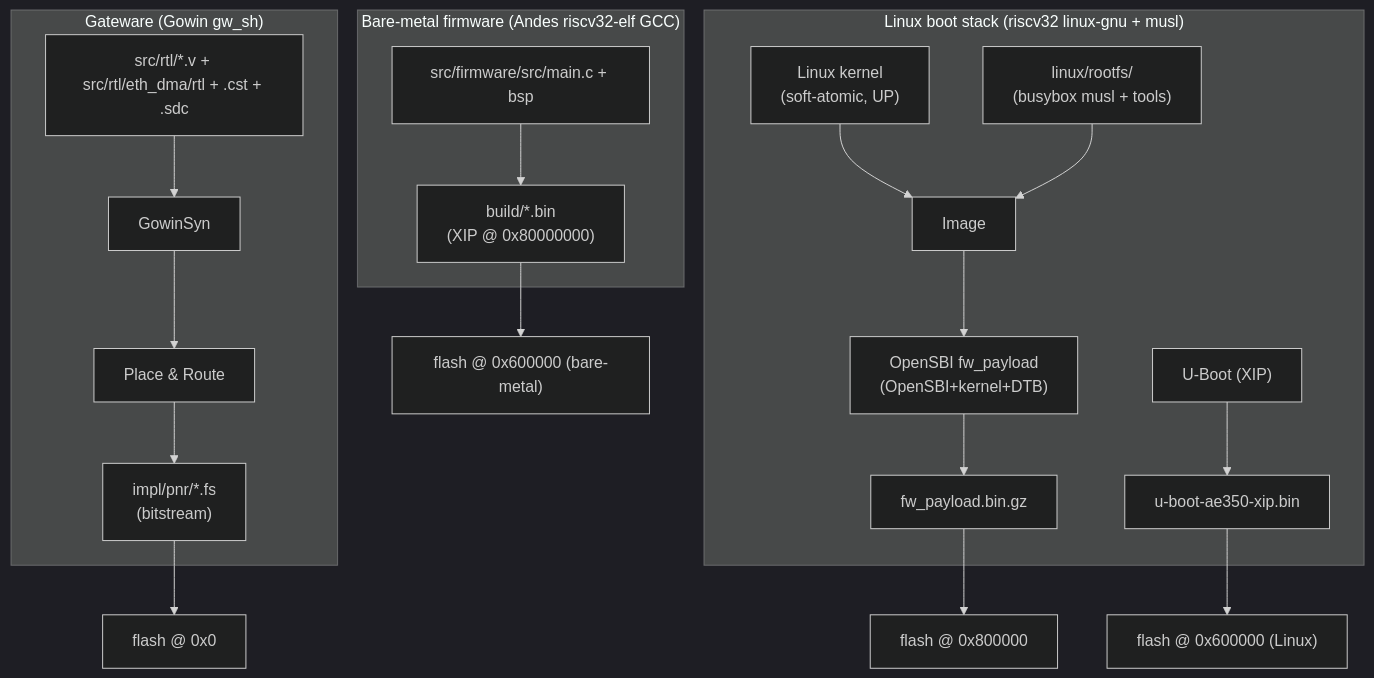
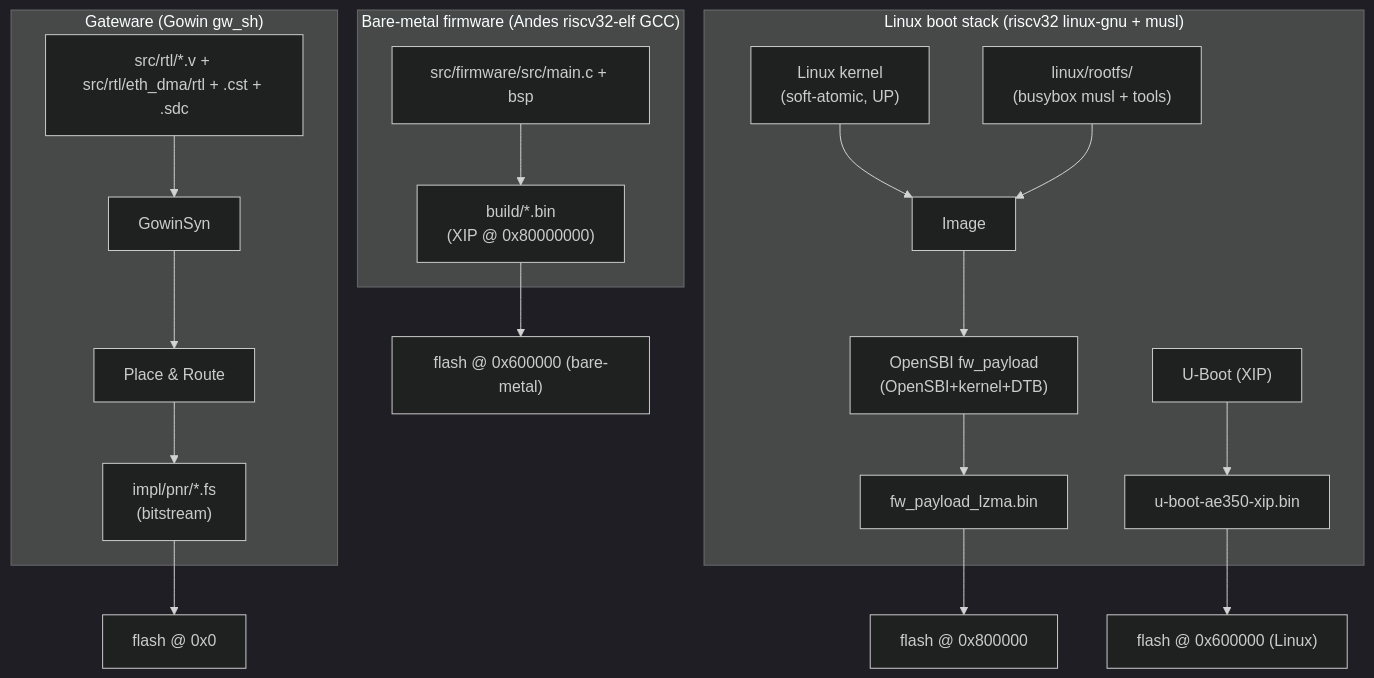
Before and after one commit to phoenix367/tang-mega-138K-Pro-demo: the diagram in doc/02-build.md, drawn with Mermaid (dark theme). The commit also changed other lines of this file and 4 other files, not shown here.

First line of the commit message:
boot: LZMA-compressed kernel payload (1.1 MB more headroom in the 8 MB region)

````diff
--- a/doc/02-build.md
+++ b/doc/02-build.md
@@ -6,20 +6,20 @@
 ```mermaid
 flowchart TD
   subgraph GW["Gateware (Gowin gw_sh)"]
     SRC["src/rtl/*.v + src/rtl/eth_dma/rtl + .cst + .sdc"] --> SYN["GowinSyn"] --> PNR["Place & Route"] --> FS["impl/pnr/*.fs<br/>(bitstream)"]
   end
   subgraph FW["Bare-metal firmware (Andes riscv32-elf GCC)"]
     FWSRC["src/firmware/src/main.c + bsp"] --> FWBIN["build/*.bin<br/>(XIP @ 0x80000000)"]
   end
   subgraph BOOTSTACK["Linux boot stack (riscv32 linux-gnu + musl)"]
     UB["U-Boot (XIP)"] --> UBIMG["u-boot-ae350-xip.bin"]
     KERN["Linux kernel<br/>(soft-atomic, UP)"] --> IMG["Image"]
     ROOTFS["linux/rootfs/<br/>(busybox musl + tools)"] --> IMG
     IMG --> PAY["OpenSBI fw_payload<br/>(OpenSBI+kernel+DTB)"]
-    PAY --> GZ["fw_payload.bin.gz"]
+    PAY --> GZ["fw_payload_lzma.bin"]
   end
   FS --> FLASH["flash @ 0x0"]
   FWBIN --> FLASH2["flash @ 0x600000 (bare-metal)"]
   UBIMG --> FLASH3["flash @ 0x600000 (Linux)"]
   GZ --> FLASH4["flash @ 0x800000"]
 ```
````
